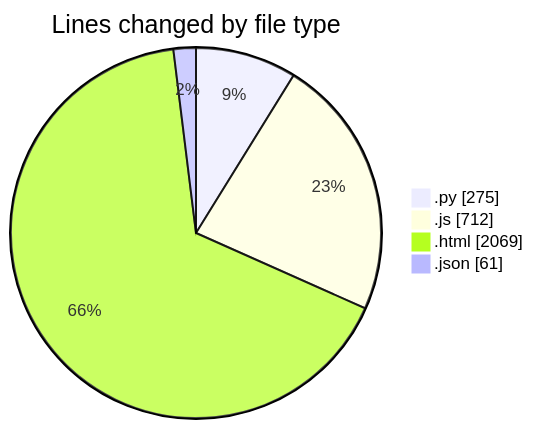
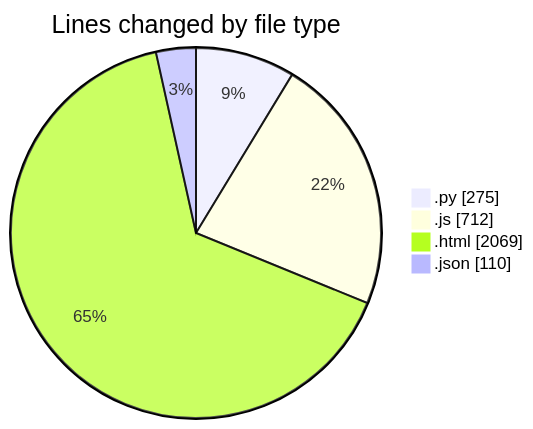
One commit to shibass792/code-tracking changed the first of 2 diagrams in 2026-07-09/twenty_versions_aminor/README.md. Above: the diagram before and after it, drawn with Mermaid. The commit also changed other lines of this file and 1 other file, not shown here.

````diff
--- a/2026-07-09/twenty_versions_aminor/README.md
+++ b/2026-07-09/twenty_versions_aminor/README.md
@@ -25,8 +26,8 @@
 ```mermaid
 pie showData
 title Lines changed by file type
 ".py" : 275
 ".js" : 712
 ".html" : 2069
-".json" : 61
+".json" : 110
 ```
````
